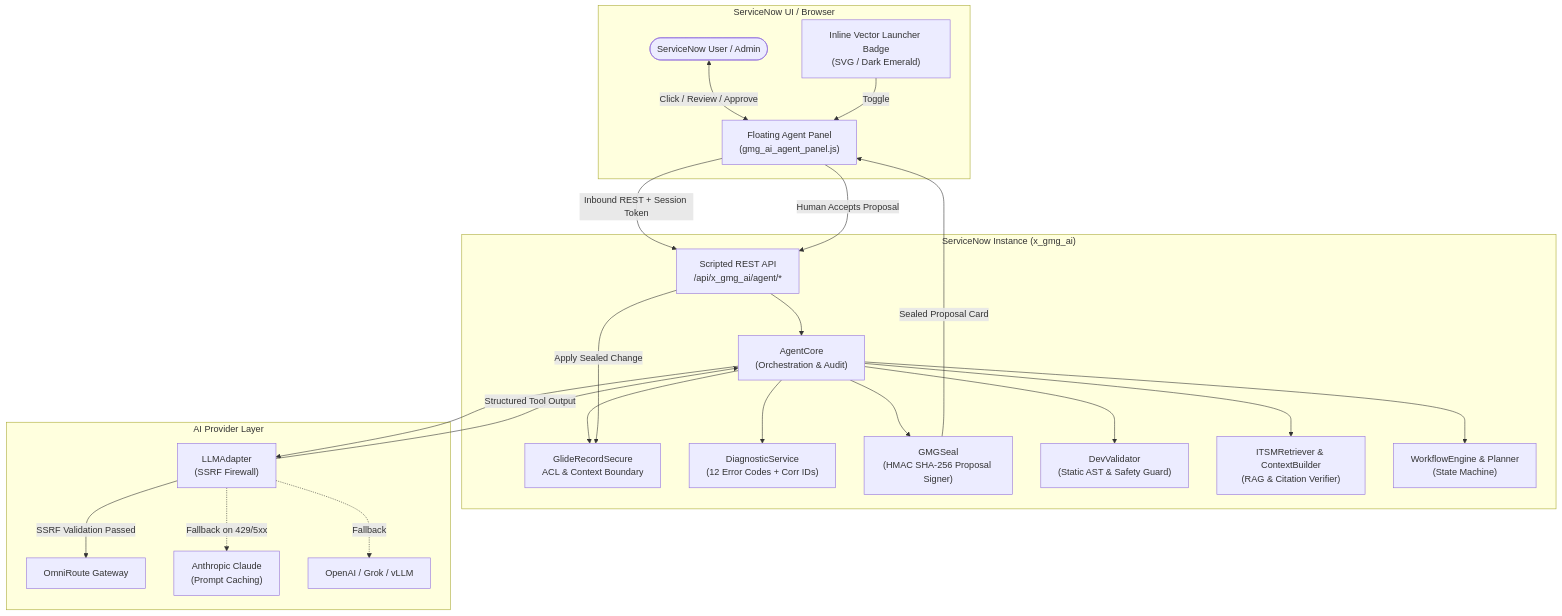
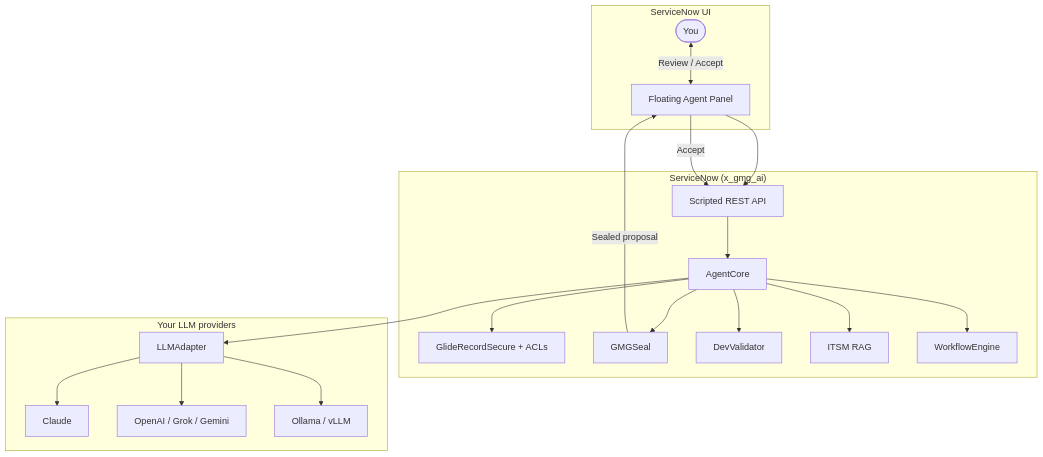
The diagram in README.md (kRamu581/NowPilot), drawn with Mermaid before and after one commit. The commit also changed other lines of this file, not shown here.

````diff
--- a/README.md
+++ b/README.md
@@ -113,47 +108,38 @@
 ```mermaid
 flowchart TD
-    subgraph Browser ["ServiceNow UI / Browser"]
-        UI["Floating Agent Panel<br/>(gmg_ai_agent_panel.js)"]
-        Launcher["Inline Vector Launcher Badge<br/>(SVG / Dark Emerald)"]
-        User(["ServiceNow User / Admin"])
-        User <-->|Click / Review / Approve| UI
-        Launcher -->|Toggle| UI
+    subgraph Browser ["ServiceNow UI"]
+        UI["Floating Agent Panel"]
+        User(["You"])
+        User <-->|Review / Accept| UI
     end
 
-    subgraph Platform ["ServiceNow Instance (x_gmg_ai)"]
-        REST["Scripted REST API<br/>/api/x_gmg_ai/agent/*"]
-        AgentCore["AgentCore<br/>(Orchestration & Audit)"]
-        Security["GlideRecordSecure<br/>ACL & Context Boundary"]
-        Diagnostic["DiagnosticService<br/>(12 Error Codes + Corr IDs)"]
-        GMGSeal["GMGSeal<br/>(HMAC SHA-256 Proposal Signer)"]
-        DevValidator["DevValidator<br/>(Static AST & Safety Guard)"]
-        ITSM["ITSMRetriever & ContextBuilder<br/>(RAG & Citation Verifier)"]
-        Workflow["WorkflowEngine & Planner<br/>(State Machine)"]
+    subgraph Platform ["ServiceNow (x_gmg_ai)"]
+        REST["Scripted REST API"]
+        AgentCore["AgentCore"]
+        Security["GlideRecordSecure + ACLs"]
+        Seal["GMGSeal"]
+        Dev["DevValidator"]
+        ITSM["ITSM RAG"]
+        Flow["WorkflowEngine"]
     end
 
-    subgraph Gateway ["AI Provider Layer"]
-        Adapter["LLMAdapter<br/>(SSRF Firewall)"]
-        OmniRoute["OmniRoute Gateway"]
-        Anthropic["Anthropic Claude<br/>(Prompt Caching)"]
-        OpenAI["OpenAI / Grok / vLLM"]
+    subgraph Models ["Your LLM providers"]
+        Adapter["LLMAdapter"]
+        Claude["Claude"]
+        GPT["OpenAI / Grok / Gemini"]
+        Local["Ollama / vLLM"]
     end
 
-    UI -->|Inbound REST + Session Token| REST
-    REST --> AgentCore
+    UI --> REST --> AgentCore
     AgentCore --> Security
-    AgentCore --> Diagnostic
-    AgentCore --> DevValidator
+    AgentCore --> Dev
     AgentCore --> ITSM
-    AgentCore --> Workflow
+    AgentCore --> Flow
     AgentCore --> Adapter
-
-    Adapter -->|SSRF Validation Passed| OmniRoute
-    Adapter -.->|Fallback on 429/5xx| Anthropic
-    Adapter -.->|Fallback| OpenAI
-
-    Adapter -->|Structured Tool Output| AgentCore
-    AgentCore --> GMGSeal
-    GMGSeal -->|Sealed Proposal Card| UI
-    UI -->|Human Accepts Proposal| REST
-    REST -->|Apply Sealed Change| Security
+    Adapter --> Claude
+    Adapter --> GPT
+    Adapter --> Local
+    AgentCore --> Seal
+    Seal -->|Sealed proposal| UI
+    UI -->|Accept| REST
 ```
````
